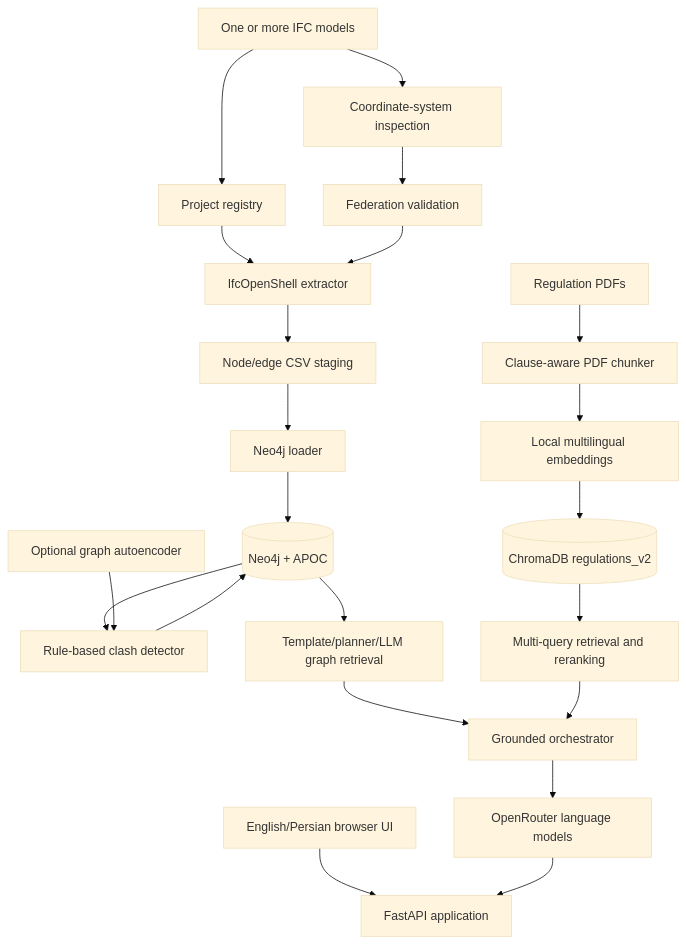
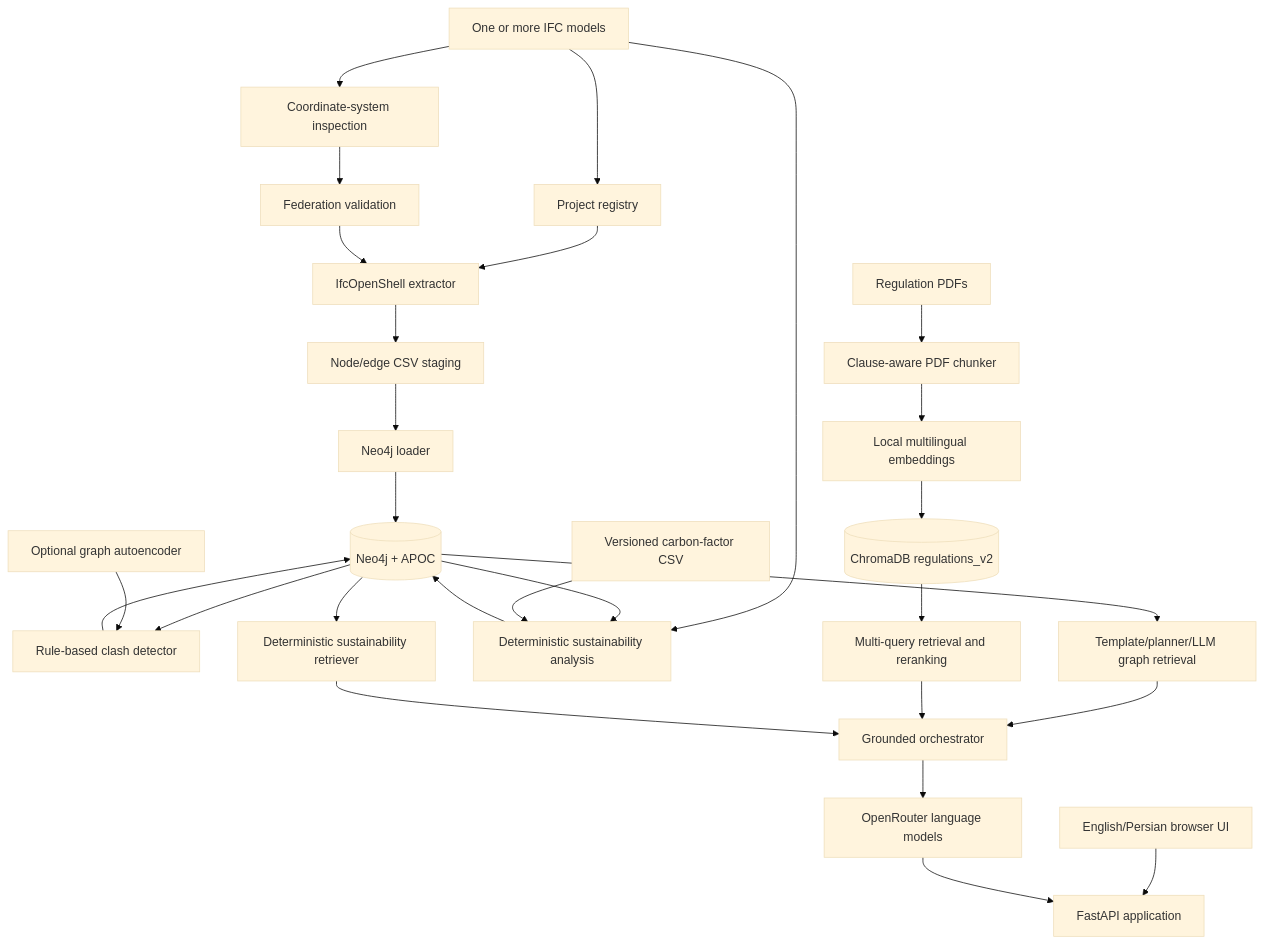
One commit to bim-project-team/bim-intellect-v2 changed the diagram in BIM-Intellect-Documentation.md. Above: the diagram before and after it, drawn with Mermaid (base theme). The commit also changed other lines of this file and 45 other files, not shown here.

````diff
--- a/BIM-Intellect-Documentation.md
+++ b/BIM-Intellect-Documentation.md
@@ -62,28 +68,34 @@
 ```mermaid
 flowchart TD
     UI[English/Persian browser UI] --> API[FastAPI application]
 
     IFC[One or more IFC models] --> Registry[Project registry]
     IFC --> Coord[Coordinate-system inspection]
     Registry --> Extract[IfcOpenShell extractor]
     Coord --> Federation[Federation validation]
     Federation --> Extract
     Extract --> CSV[Node/edge CSV staging]
     CSV --> Loader[Neo4j loader]
     Loader --> Graph[(Neo4j + APOC)]
     Graph --> Clash[Rule-based clash detector]
     Clash --> Graph
     Graph --> GraphQA[Template/planner/LLM graph retrieval]
+    IFC --> Carbon[Deterministic sustainability analysis]
+    Graph --> Carbon
+    Factors[Versioned carbon-factor CSV] --> Carbon
+    Carbon --> Graph
 
     PDF[Regulation PDFs] --> Chunker[Clause-aware PDF chunker]
     Chunker --> Embed[Local multilingual embeddings]
     Embed --> Vector[(ChromaDB regulations_v2)]
     Vector --> Retrieval[Multi-query retrieval and reranking]
 
     GraphQA --> RAG[Grounded orchestrator]
     Retrieval --> RAG
+    Graph --> Sust[Deterministic sustainability retriever]
+    Sust --> RAG
     RAG --> OpenRouter[OpenRouter language models]
     OpenRouter --> API
 
     GNN[Optional graph autoencoder] --> Clash
 ```
````
